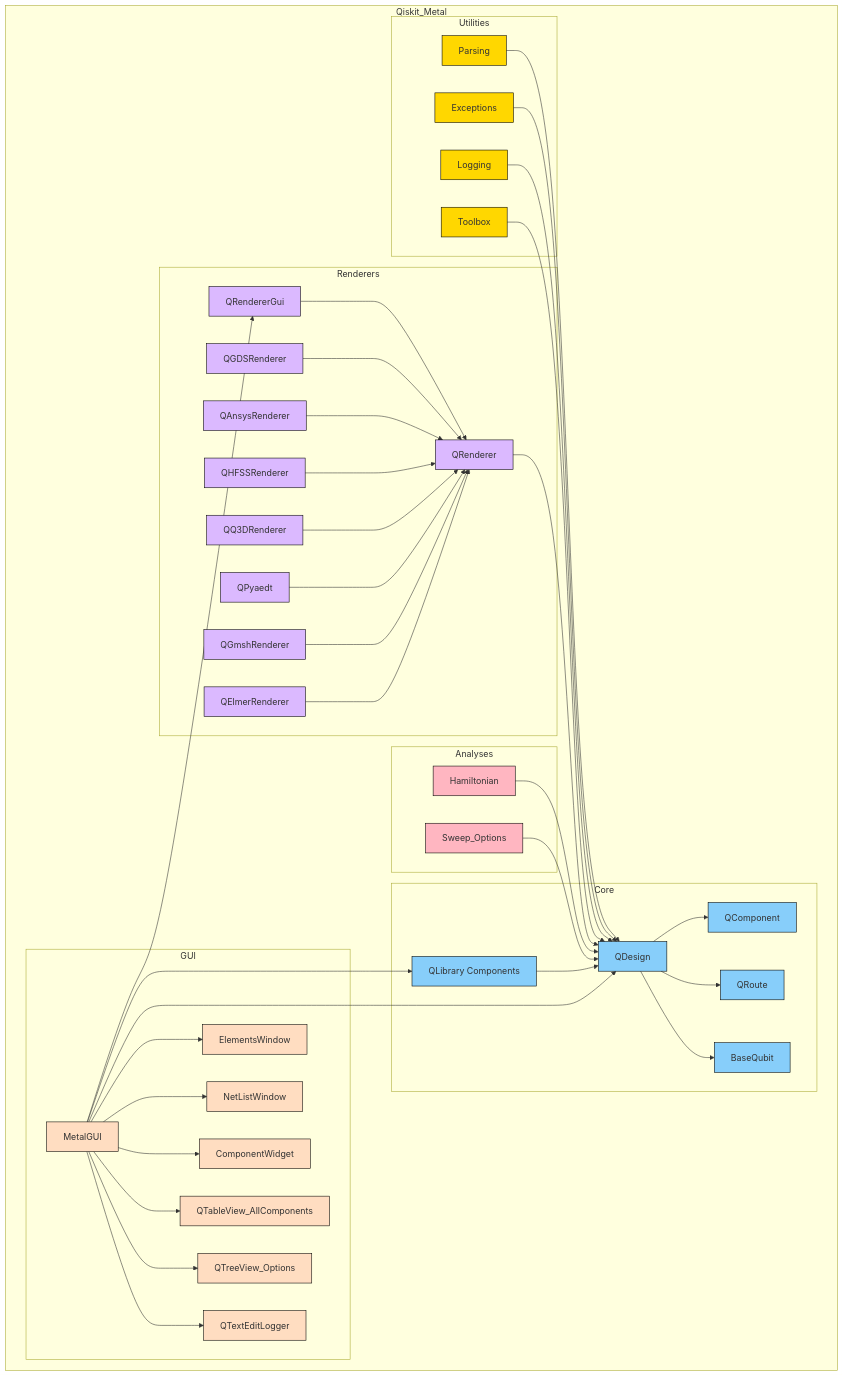
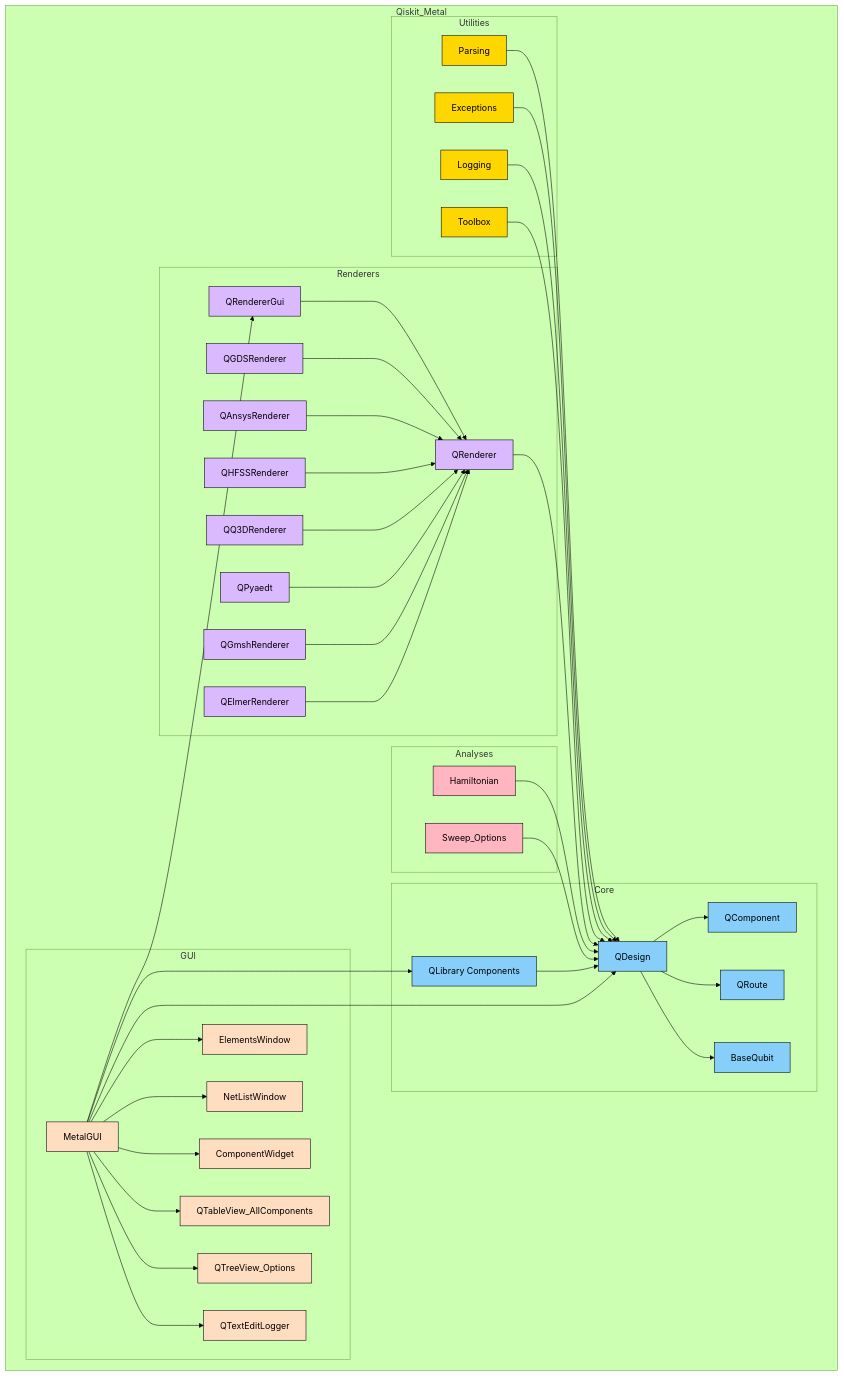
The diagram in README_ARCH.md (qiskit-community/qiskit-metal), drawn with Mermaid before and after one commit.

Commit message:
Update README_ARCH.md: Fixed meramid theme
Update README_ARCH.md: Fixed meramid theme

````diff
--- a/README_ARCH.md
+++ b/README_ARCH.md
@@ -12,5 +12,5 @@
 ```mermaid
-   %%{init: {"flowchart": {"htmlLabels": true}} }%%
+    %%{init: {"flowchart": {"htmlLabels": true}, 'theme':'forest'} }%%
     graph TB
         classDef core fill:#87cefa,stroke:#000000;
         classDef gui fill:#FFDDC1,stroke:#000000;
````
